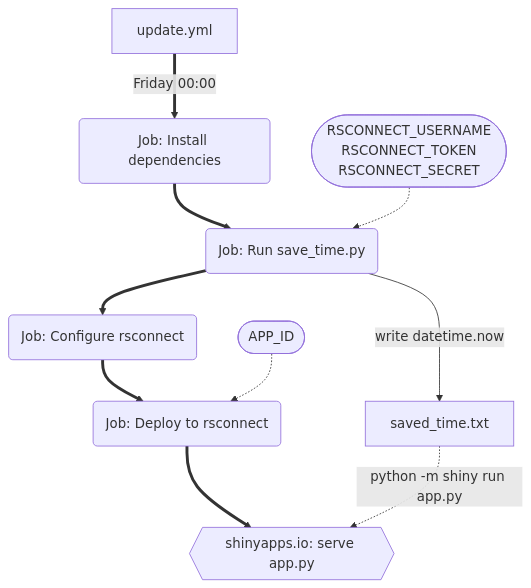
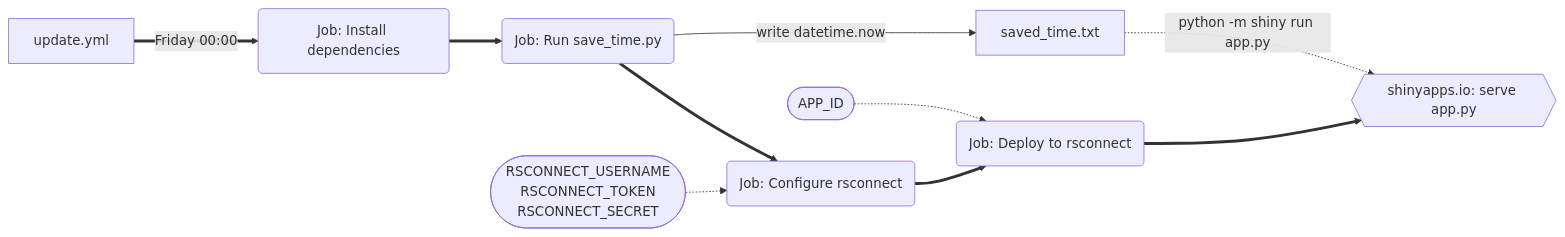
Before and after one commit to r-leyshon/automate-shinyapps-deploy: the diagram in README.md, drawn with Mermaid.

Commit message:
Update README.md
Correct reference to RSCONNECT variables

````diff
--- a/README.md
+++ b/README.md
@@ -10,12 +10,12 @@
 ```mermaid
-flowchart TD
+flowchart LR
     A[update.yml] ==>|Friday 00:00| B(Job: Install dependencies)
     B ==> C(Job: Run save_time.py)
     C -->|write datetime.now| D[saved_time.txt]
     C ==> E(Job: Configure rsconnect)
-    H([RSCONNECT_USERNAME\nRSCONNECT_TOKEN\nRSCONNECT_SECRET]) -.-> C
+    H([RSCONNECT_USERNAME\nRSCONNECT_TOKEN\nRSCONNECT_SECRET]) -.-> E
     E ==> F(Job: Deploy to rsconnect)
     K([APP_ID]) -.-> F
     F ==> G{{shinyapps.io: serve app.py}}
     D -.->|python -m shiny run app.py| G    
 ```
````
